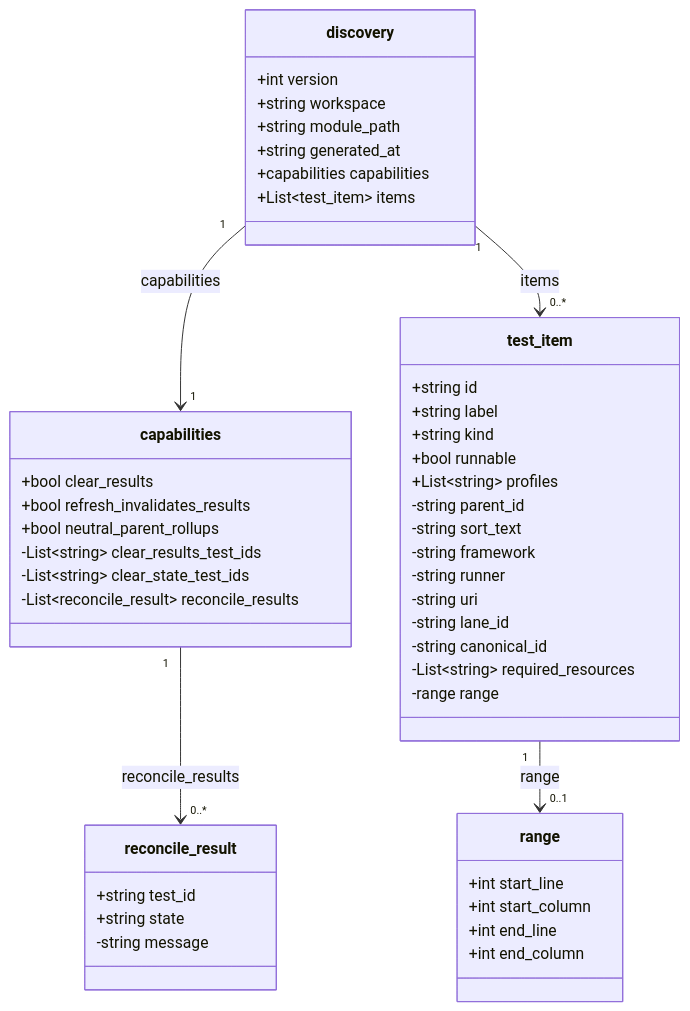
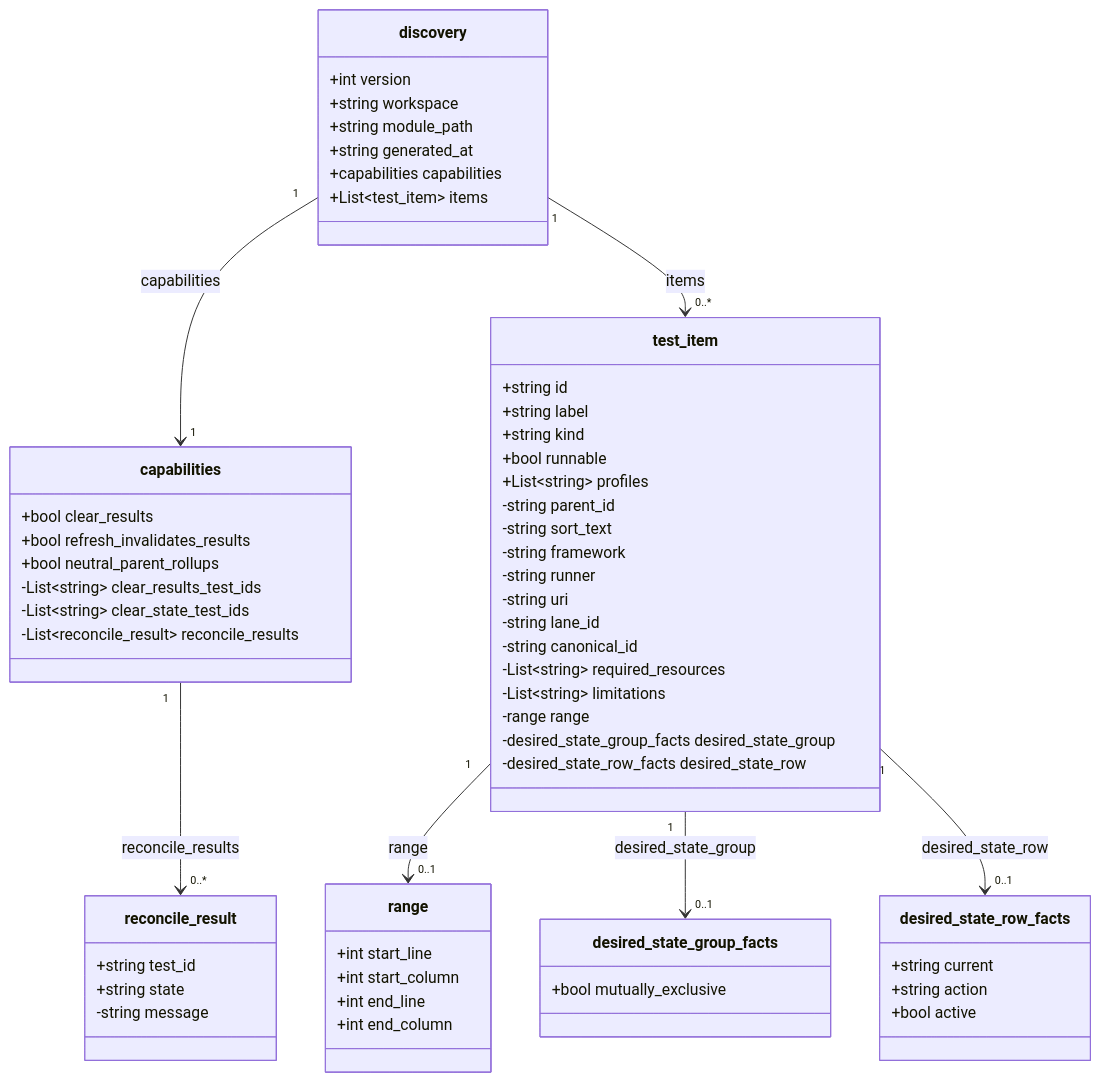
One commit to david-aggeler/keel changed the second of 5 diagrams in docs/wire-schema.md. Above: the diagram before and after it, drawn with Mermaid. The commit also changed other lines of this file and 17 other files, not shown here.

````diff
--- a/docs/wire-schema.md
+++ b/docs/wire-schema.md
@@ -39,50 +39,63 @@
 ```mermaid
 classDiagram
     class discovery {
         +int version
         +string workspace
         +string module_path
         +string generated_at
         +capabilities capabilities
         +List~test_item~ items
     }
     class capabilities {
         +bool clear_results
         +bool refresh_invalidates_results
         +bool neutral_parent_rollups
         -List~string~ clear_results_test_ids
         -List~string~ clear_state_test_ids
         -List~reconcile_result~ reconcile_results
     }
     class reconcile_result {
         +string test_id
         +string state
         -string message
     }
     class test_item {
         +string id
         +string label
         +string kind
         +bool runnable
         +List~string~ profiles
         -string parent_id
         -string sort_text
         -string framework
         -string runner
         -string uri
         -string lane_id
         -string canonical_id
         -List~string~ required_resources
+        -List~string~ limitations
         -range range
+        -desired_state_group_facts desired_state_group
+        -desired_state_row_facts desired_state_row
     }
     class range {
         +int start_line
         +int start_column
         +int end_line
         +int end_column
     }
+    class desired_state_group_facts {
+        +bool mutually_exclusive
+    }
+    class desired_state_row_facts {
+        +string current
+        +string action
+        +bool active
+    }
     discovery "1" --> "1" capabilities : capabilities
     capabilities "1" --> "0..*" reconcile_result : reconcile_results
     discovery "1" --> "0..*" test_item : items
     test_item "1" --> "0..1" range : range
+    test_item "1" --> "0..1" desired_state_group_facts : desired_state_group
+    test_item "1" --> "0..1" desired_state_row_facts : desired_state_row
 ```
````
